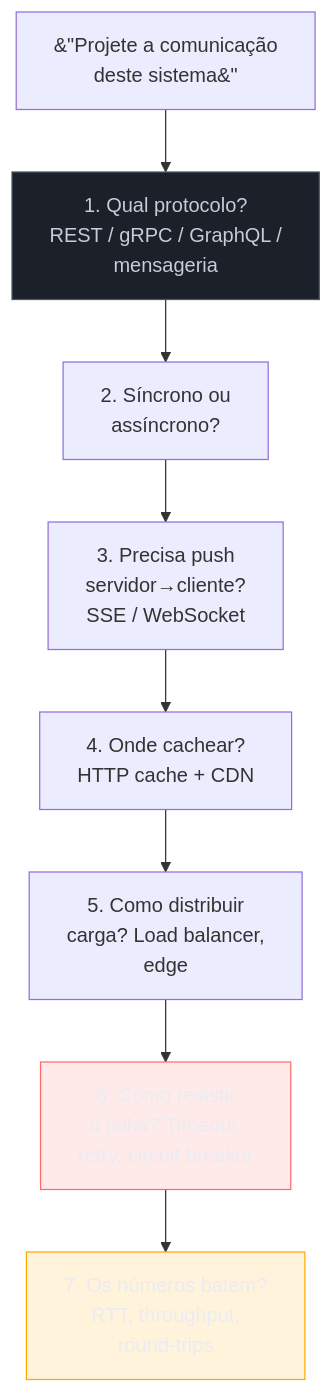
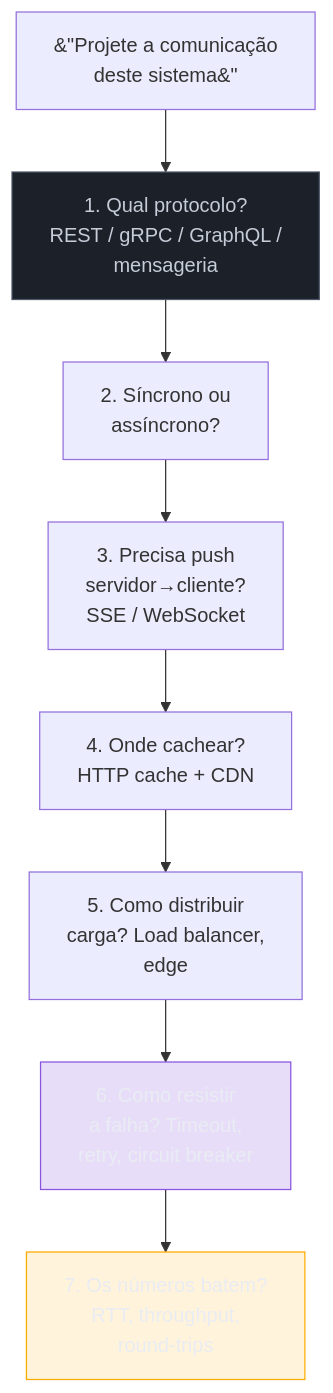
Before and after one commit to josenaldo/codex-technomanticus: the third of 4 diagrams in 03-Dominios/Ciência/Redes e Protocolos/15 - Redes em entrevista.md, drawn with Mermaid. The commit also changed other lines of this file and 601 other files, not shown here.

````diff
--- a/03-Dominios/Ciência/Redes e Protocolos/15 - Redes em entrevista.md
+++ b/03-Dominios/Ciência/Redes e Protocolos/15 - Redes em entrevista.md
@@ -100,17 +100,17 @@
 ```mermaid
 flowchart TD
+    classDef marca fill:#8855DF33,stroke:#8855DF,color:#E9ECF2
     classDef neutro fill:#1B2029,stroke:#4E5666,color:#C6CCD8
-    classDef falha fill:#FF6B6B24,stroke:#FF6B6B,color:#E9ECF2
     classDef destaque fill:#FFAA0024,stroke:#FFAA00,color:#E9ECF2
     START["&#34;Projete a comunicação<br/>deste sistema&#34;"] --> PROTO["1. Qual protocolo?<br/>REST / gRPC / GraphQL /<br/>mensageria"]
     PROTO --> SYNC["2. Síncrono ou<br/>assíncrono?"]
     SYNC --> PUSH["3. Precisa push<br/>servidor→cliente?<br/>SSE / WebSocket"]
     PUSH --> CACHE["4. Onde cachear?<br/>HTTP cache + CDN"]
     CACHE --> LB["5. Como distribuir<br/>carga? Load balancer,<br/>edge"]
     LB --> RESIL["6. Como resistir<br/>a falha? Timeout,<br/>retry, circuit breaker"]
     RESIL --> NUM["7. Os números batem?<br/>RTT, throughput,<br/>round-trips"]
 
     class PROTO neutro
-    class RESIL falha
+    class RESIL marca
     class NUM destaque
 ```
````
